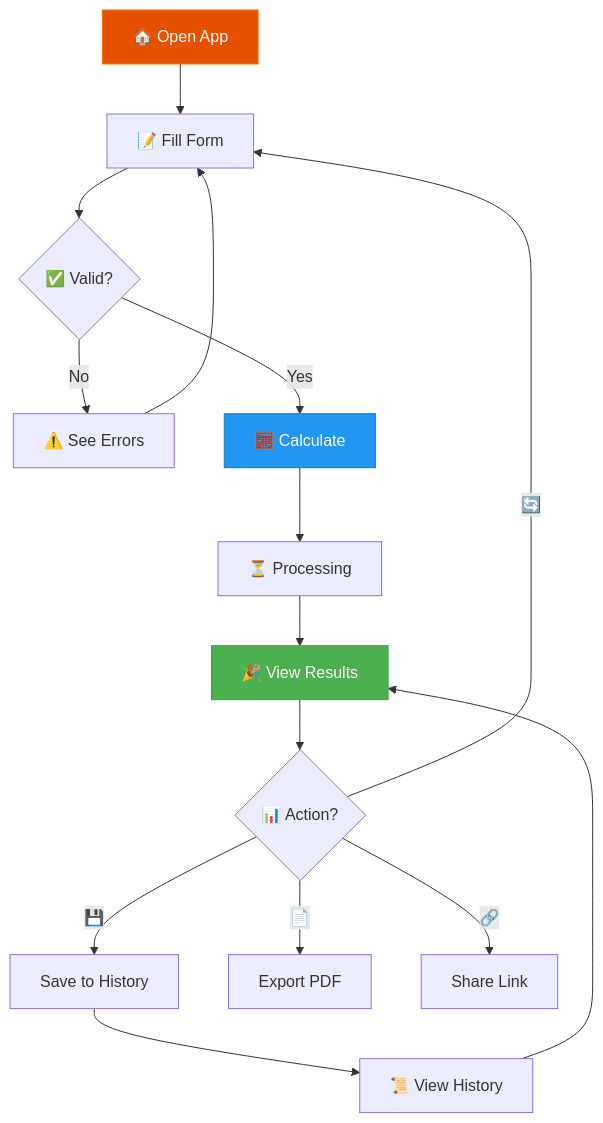
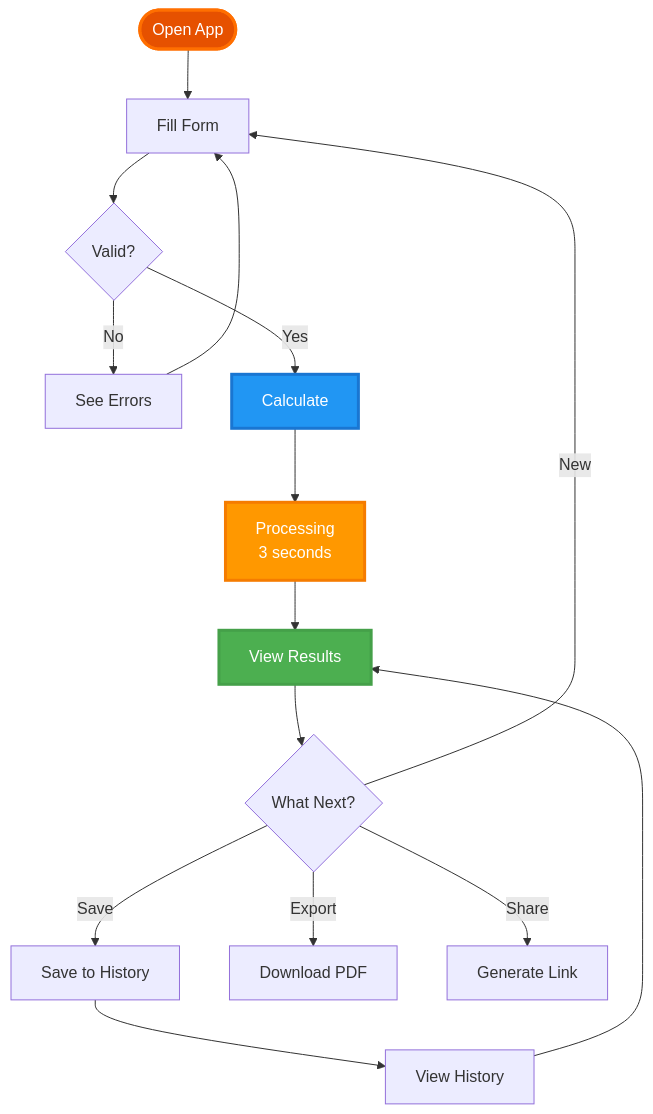
The diagram in README.md (Ninja-69/ValuationAI), drawn with Mermaid before and after one commit. The commit also changed other lines of this file, not shown here.

````diff
--- a/README.md
+++ b/README.md
@@ -433,21 +797,24 @@
 ```mermaid
 graph TB
-    A[🏠 Open App] --> B[📝 Fill Form]
-    B --> C{✅ Valid?}
-    C -->|No| D[⚠️ See Errors]
-    D --> B
-    C -->|Yes| E[🧮 Calculate]
-    E --> F[⏳ Processing]
-    F --> G[🎉 View Results]
-    G --> H{📊 Action?}
-    H -->|💾| I[Save to History]
-    H -->|📄| J[Export PDF]
-    H -->|🔗| K[Share Link]
-    H -->|🔄| B
-    I --> L[📜 View History]
-    L --> G
+    Start([ Open App]) --> Input[ Fill Form]
+    Input --> Validate{ Valid?}
+    Validate -->| No| Errors[ See Errors]
+    Errors --> Input
+    Validate -->| Yes| Calculate[ Calculate]
+    Calculate --> Processing[ Processing<br/>3 seconds]
+    Processing --> Results[ View Results]
+    Results --> Action{ What Next?}
     
-    style A fill:#E65100,stroke:#FF6F00,color:#fff
-    style G fill:#4CAF50,stroke:#45a049,color:#fff
-    style E fill:#2196F3,stroke:#1976D2,color:#fff
+    Action -->| Save| Save[Save to History]
+    Action -->| Export| PDF[Download PDF]
+    Action -->| Share| Share[Generate Link]
+    Action -->| New| Input
+    
+    Save --> History[ View History]
+    History --> Results
+    
+    style Start fill:#E65100,stroke:#FF6F00,color:#fff,stroke-width:3px
+    style Results fill:#4CAF50,stroke:#45a049,color:#fff,stroke-width:3px
+    style Calculate fill:#2196F3,stroke:#1976D2,color:#fff,stroke-width:3px
+    style Processing fill:#FF9800,stroke:#F57C00,color:#fff,stroke-width:3px
 ```
````
